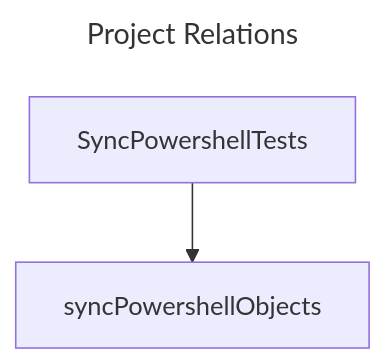
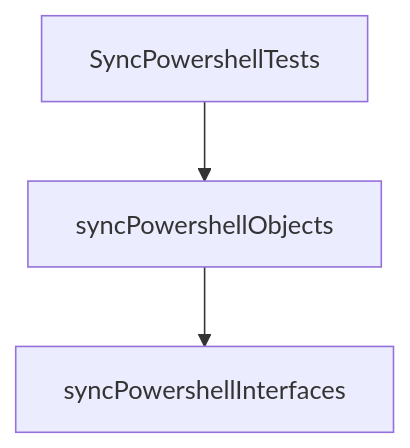
The diagram in documentation/syncPowershell/docs/TechnicalDocs/ProjectRelation.md (ignatandrei/syncPowershellProfile), drawn with Mermaid before and after one commit. The commit also changed other lines of this file and 5 other files, not shown here.

````diff
--- a/documentation/syncPowershell/docs/TechnicalDocs/ProjectRelation.md
+++ b/documentation/syncPowershell/docs/TechnicalDocs/ProjectRelation.md
@@ -4,8 +4,7 @@
 ```mermaid
----
-title: Project Relations
----
-flowchart TB    
+graph TB    
 
 SyncPowershellTests-->syncPowershellObjects
+
+syncPowershellObjects-->syncPowershellInterfaces
 ```
````
